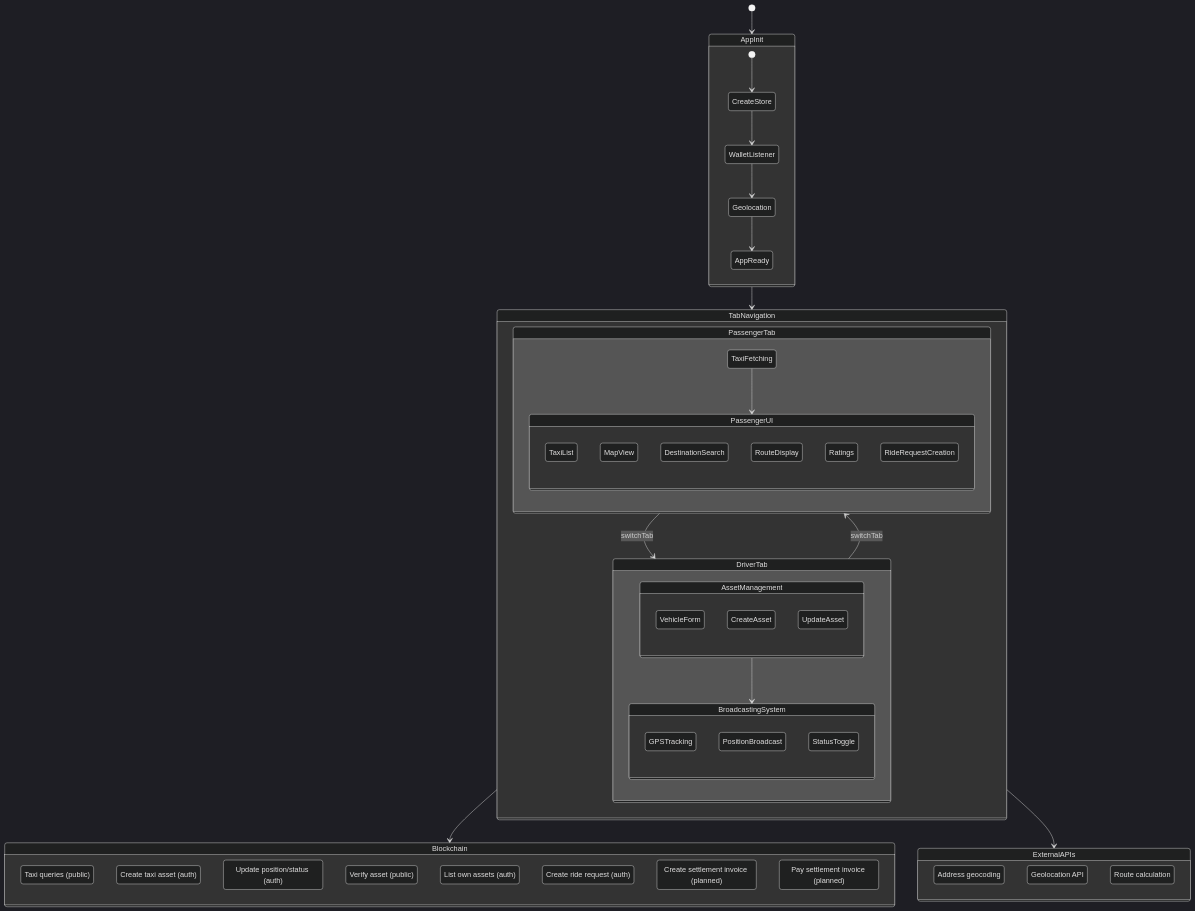
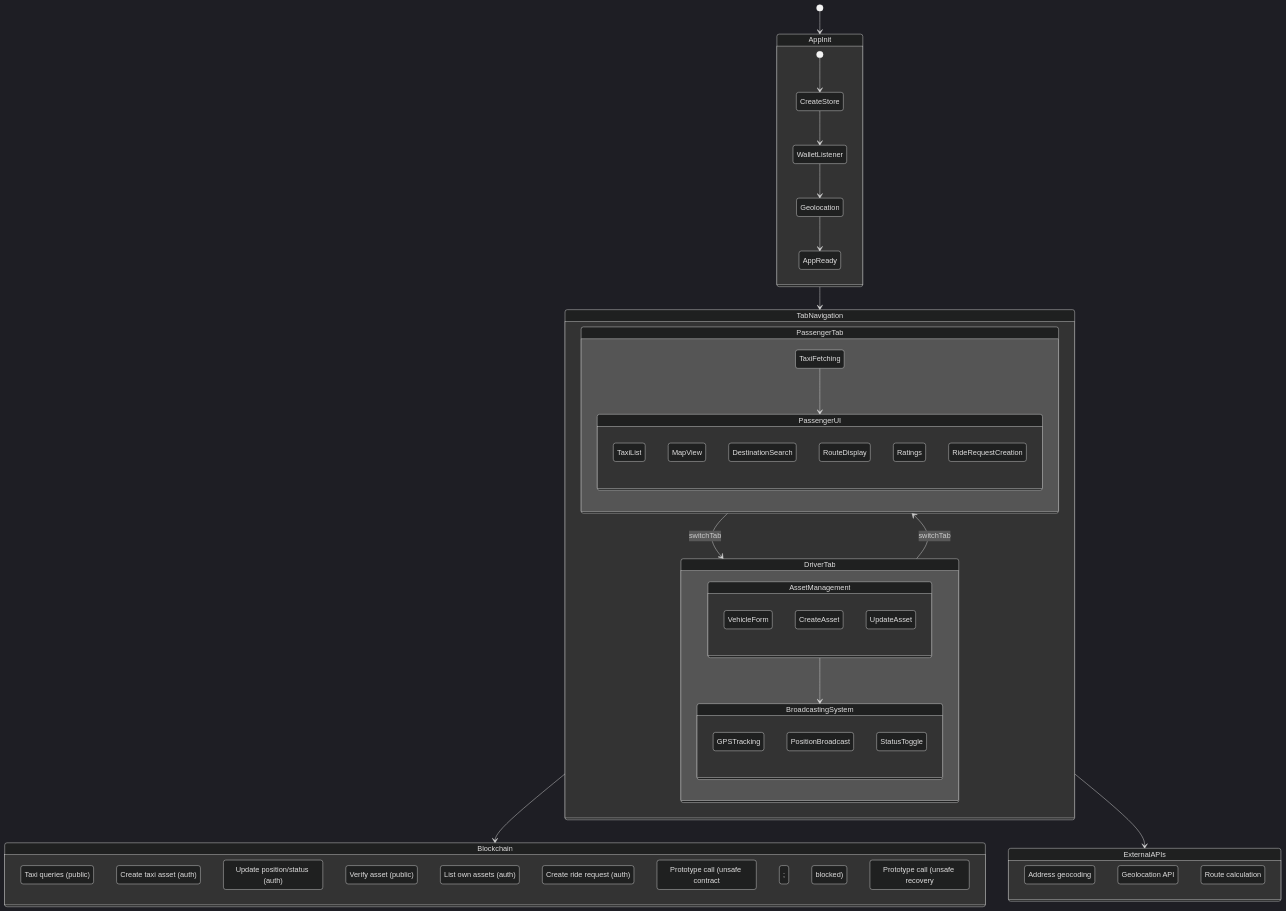
Before and after one commit to distordialabs-brutus/NexGo: the ninth of 10 diagrams in docs/state-machines.md, drawn with Mermaid (dark theme). The commit also changed other lines of this file and 5 other files, not shown here.

````diff
--- a/docs/state-machines.md
+++ b/docs/state-machines.md
@@ -329,64 +349,64 @@
 ```mermaid
 stateDiagram-v2
     [*] --> AppInit
 
     state AppInit {
         [*] --> CreateStore
         CreateStore --> WalletListener
         WalletListener --> Geolocation
         Geolocation --> AppReady
     }
 
     AppInit --> TabNavigation
 
     state TabNavigation {
         state PassengerTab {
             TaxiFetching --> PassengerUI
             state PassengerUI {
                 TaxiList
                 MapView
                 DestinationSearch
                 RouteDisplay
                 Ratings
                 RideRequestCreation
             }
         }
 
         state DriverTab {
             AssetManagement --> BroadcastingSystem
             state AssetManagement {
                 VehicleForm
                 CreateAsset
                 UpdateAsset
             }
             state BroadcastingSystem {
                 GPSTracking
                 PositionBroadcast
                 StatusToggle
             }
         }
 
         PassengerTab --> DriverTab : switchTab
         DriverTab --> PassengerTab : switchTab
     }
 
     state Blockchain {
         RegisterListAssets : Taxi queries (public)
         AssetsCreate : Create taxi asset (auth)
         AssetsUpdate : Update position/status (auth)
         AssetsGet : Verify asset (public)
         AssetsList : List own assets (auth)
         AssetsCreateRaw : Create ride request (auth)
-        InvoicesCreate : Create settlement invoice (planned)
-        InvoicesPay : Pay settlement invoice (planned)
+        InvoicesCreate : Prototype call (unsafe contract; blocked)
+        InvoicesPay : Prototype call (unsafe recovery; blocked)
     }
 
     state ExternalAPIs {
         Nominatim : Address geocoding
         BrowserGPS : Geolocation API
         LeafletRouting : Route calculation
     }
 
     TabNavigation --> Blockchain
     TabNavigation --> ExternalAPIs
 ```
````
